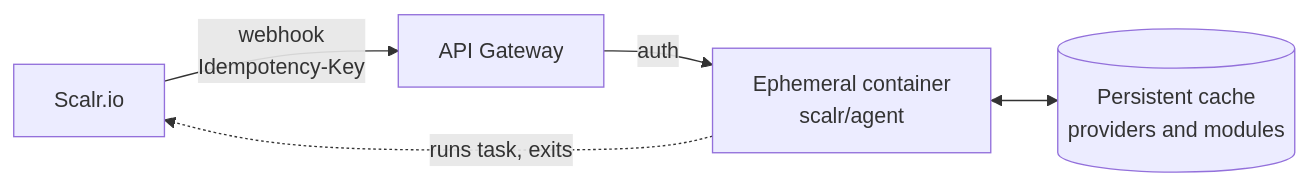
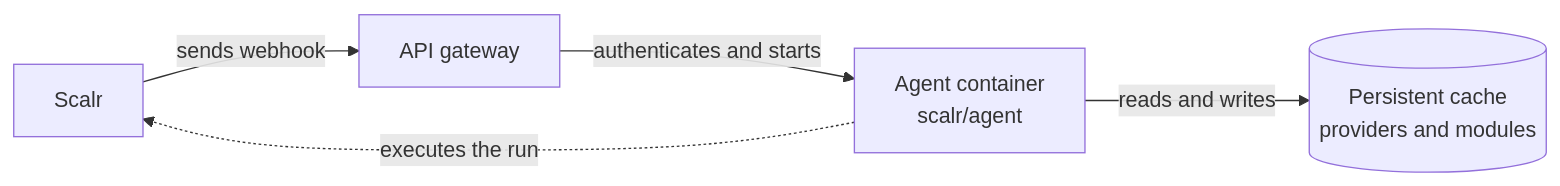
Before and after one commit to Scalr/terraform-scalr-serverless: the diagram in README.md, drawn with Mermaid. The commit also changed other lines of this file and 2 other files, not shown here.

First line of the commit message:
Revise READMEs, convert architecture diagrams to Mermaid

````diff
--- a/README.md
+++ b/README.md
@@ -9,7 +13,9 @@
 ```mermaid
 flowchart LR
-    scalr[Scalr.io] -- "webhook<br/>Idempotency-Key" --> gateway[API Gateway]
-    gateway -- "auth" --> agent[Ephemeral container<br/>scalr/agent]
-    agent <--> cache[(Persistent cache<br/>providers and modules)]
-    agent -. "runs task, exits" .-> scalr
+    accTitle: Serverless agent pool request flow
+    accDescr: Scalr sends a webhook to the API gateway. The gateway authenticates it and starts an agent container. The container reads and writes a persistent cache and reports the run to Scalr.
+    scalr[Scalr] -- "sends webhook" --> gateway[API gateway]
+    gateway -- "authenticates and starts" --> agent[Agent container<br/>scalr/agent]
+    agent -- "reads and writes" --> cache[(Persistent cache<br/>providers and modules)]
+    agent -. "executes the run" .-> scalr
 ```
````
